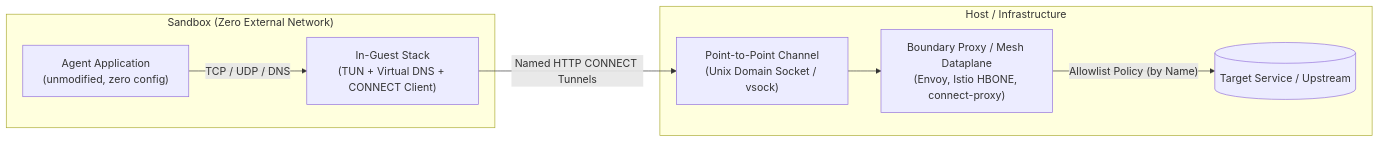
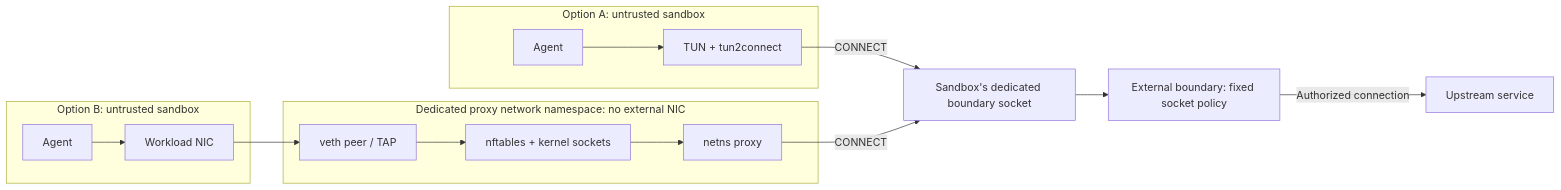
Before and after one commit to aojea/agents.net: the first of 2 diagrams in README.md, drawn with Mermaid. The commit also changed other lines of this file and 46 other files, not shown here.

First line of the commit message:
Define sandbox boundary model and add namespace proxy

````diff
--- a/README.md
+++ b/README.md
@@ -27,19 +55,18 @@
 ```mermaid
 flowchart LR
-    subgraph Sandbox ["Sandbox (Zero External Network)"]
-        Agent["Agent Application<br/>(unmodified, zero config)"]
-        Stack["In-Guest Stack<br/>(TUN + Virtual DNS + CONNECT Client)"]
-        Agent -- "TCP / UDP / DNS" --> Stack
+    subgraph TUNSandbox ["Option A: untrusted sandbox"]
+        AgentA["Agent"] --> TUN["TUN + tun2connect"]
     end
-
-    subgraph Host ["Host / Infrastructure"]
-        Channel["Point-to-Point Channel<br/>(Unix Domain Socket / vsock)"]
-        Boundary["Boundary Proxy / Mesh Dataplane<br/>(Envoy, Istio HBONE, connect-proxy)"]
-        External[("Target Service / Upstream")]
-
-        Channel --> Boundary
-        Boundary -- "Allowlist Policy (by Name)" --> External
+    subgraph NICSandbox ["Option B: untrusted sandbox"]
+        AgentB["Agent"] --> NIC["Workload NIC"]
     end
-
-    Stack -- "Named HTTP CONNECT Tunnels" --> Channel
+    subgraph ProxyNS ["Dedicated proxy network namespace: no external NIC"]
+        Link["veth peer / TAP"] --> Redirect["nftables + kernel sockets"]
+        Redirect --> NetnsProxy["netns proxy"]
+    end
+    NIC --> Link
+    TUN -- "CONNECT" --> Socket["Sandbox's dedicated boundary socket"]
+    NetnsProxy -- "CONNECT" --> Socket
+    Socket --> Boundary["External boundary: fixed socket policy"]
+    Boundary -- "Authorized connection" --> Upstream["Upstream service"]
 ```
````
